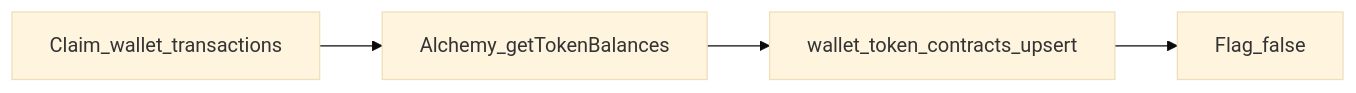
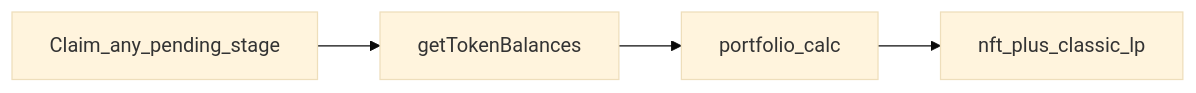
The third of 5 diagrams in docs/ARCHITECTURE.md (GlobalScoreAgent/gsa-workers), drawn with Mermaid (base theme) before and after one commit. The commit also changed other lines of this file and 41 other files, not shown here.

First line of the commit message:
feat(discovery): unify token/LP discovery into wallet_holdings_discovery

````diff
--- a/docs/ARCHITECTURE.md
+++ b/docs/ARCHITECTURE.md
@@ -135,8 +134,8 @@
 ```mermaid
 flowchart LR
-  claimWt[Claim_wallet_transactions]
-  alchemy[Alchemy_getTokenBalances]
-  upsertFn["wallet_token_contracts_upsert"]
-  done[Flag_false]
-  claimWt --> alchemy --> upsertFn --> done
+  claimWt[Claim_any_pending_stage]
+  contracts[getTokenBalances]
+  portfolio[portfolio_calc]
+  lp[nft_plus_classic_lp]
+  claimWt --> contracts --> portfolio --> lp
 ```
````
